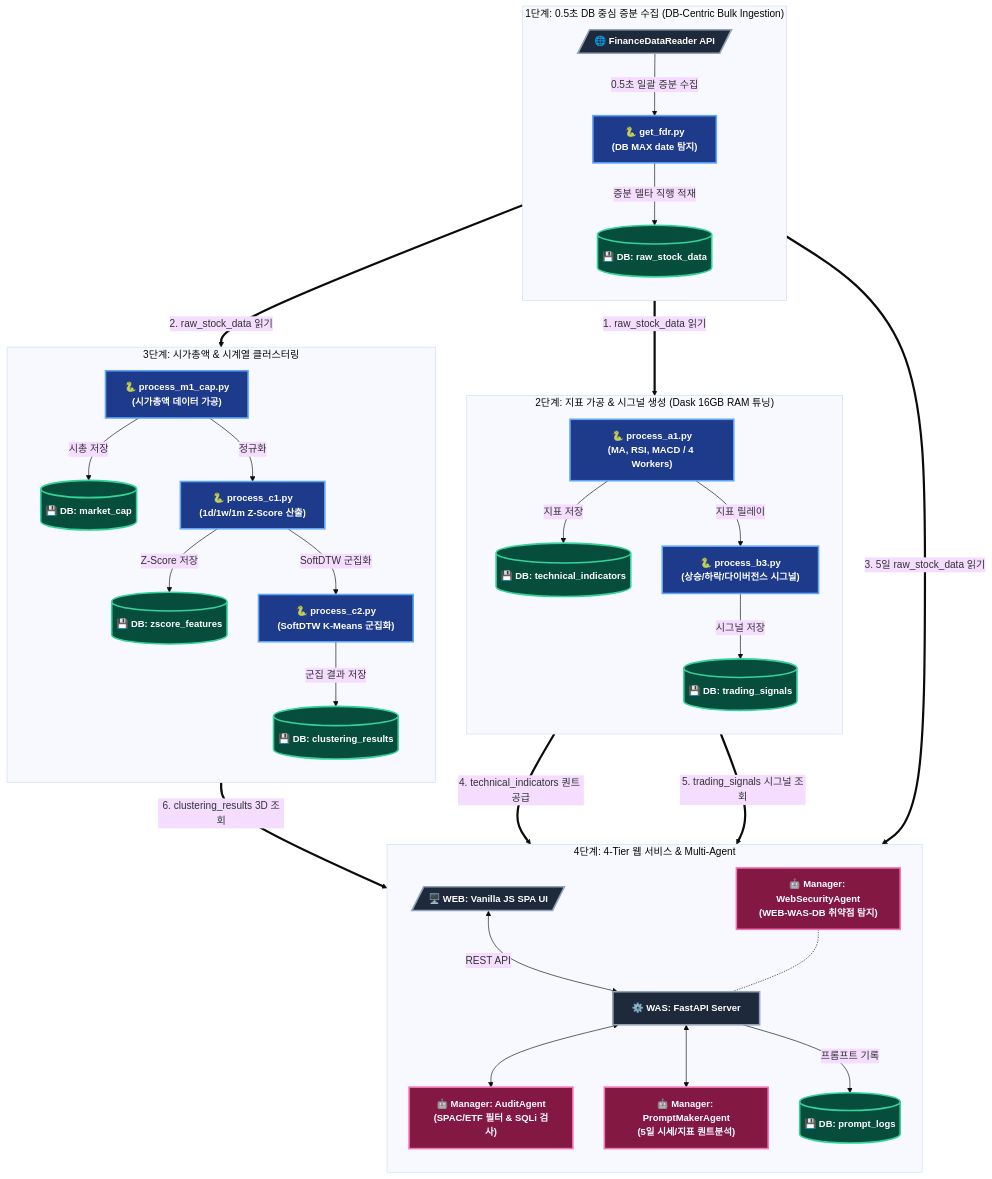
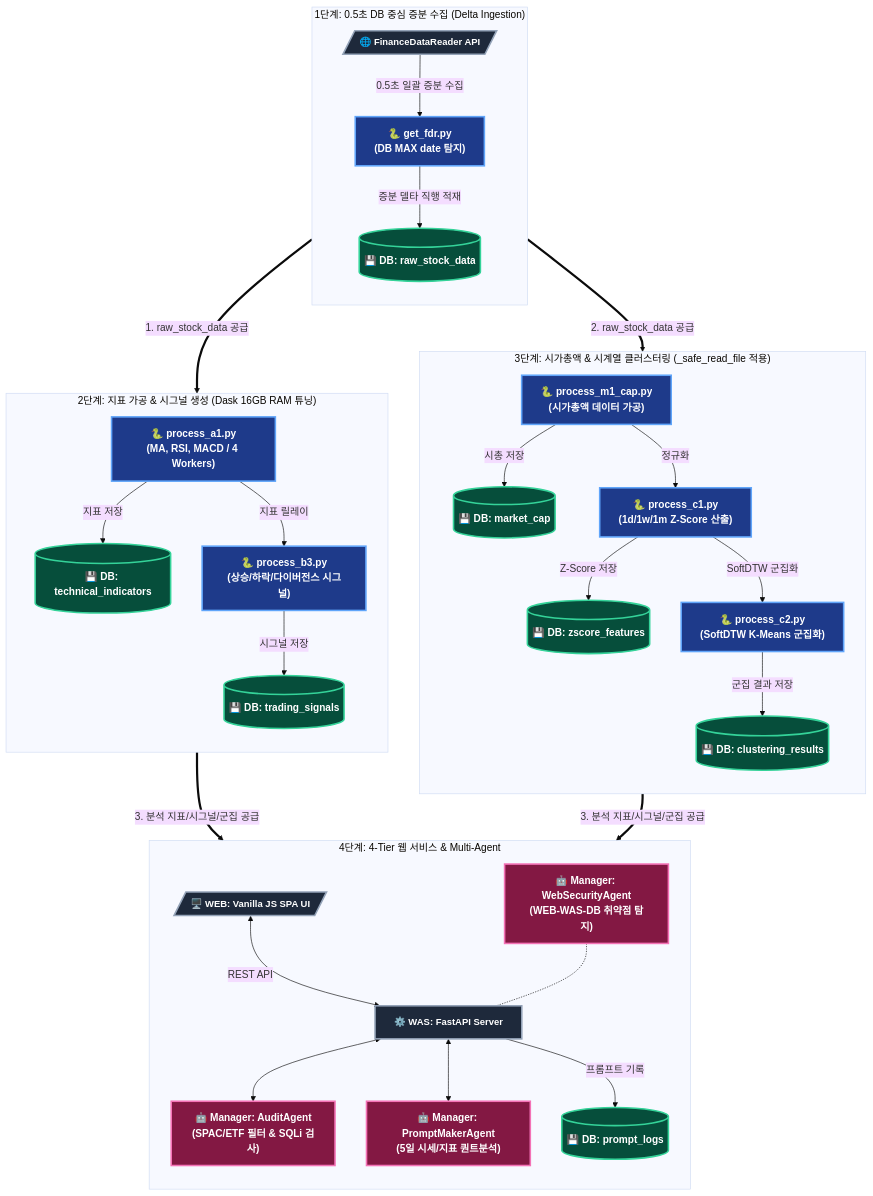
The first of 2 diagrams in README.md (hugingstar/ggeolmu), drawn with Mermaid (base theme) before and after one commit. The commit also changed other lines of this file, not shown here.

Commit message:
docs: README.md 수직 순차 레이아웃(TD) 및 대형 폰트(16px, bold) 머메이드 최적화

````diff
--- a/README.md
+++ b/README.md
@@ -14,57 +14,54 @@
 ```mermaid
 flowchart TD
-    %% 커스텀 색상 및 폰트 크기 스타일 정의
-    classDef pythonEngine fill:#1e3a8a,stroke:#60a5fa,stroke-width:2.5px,color:#ffffff,font-size:15px,font-weight:bold;
-    classDef dbStorage fill:#064e3b,stroke:#34d399,stroke-width:2.5px,color:#ffffff,font-size:15px,font-weight:bold;
-    classDef agentManager fill:#831843,stroke:#f472b6,stroke-width:2.5px,color:#ffffff,font-size:15px,font-weight:bold;
+    %% 수직 순차 흐름 및 큼직한 폰트(16px, bold) 스타일 정의
+    classDef pythonEngine fill:#1e3a8a,stroke:#60a5fa,stroke-width:2.5px,color:#ffffff,font-size:16px,font-weight:bold;
+    classDef dbStorage fill:#064e3b,stroke:#34d399,stroke-width:2.5px,color:#ffffff,font-size:16px,font-weight:bold;
+    classDef agentManager fill:#831843,stroke:#f472b6,stroke-width:2.5px,color:#ffffff,font-size:16px,font-weight:bold;
     classDef webServer fill:#1e293b,stroke:#94a3b8,stroke-width:2.5px,color:#ffffff,font-size:15px,font-weight:bold;
 
     %% 1단계: DB 중심 초고속 증분 수집 및 DB 직행 적재
-    subgraph Step1 ["1단계: 0.5초 DB 중심 증분 수집 (DB-Centric Bulk Ingestion)"]
+    subgraph Step1 ["1단계: 0.5초 DB 중심 증분 수집 (Delta Ingestion)"]
         direction TB
         FDR[/"🌐 FinanceDataReader API"/] -->|0.5초 일괄 증분 수집| GetFDR["🐍 get_fdr.py<br>(DB MAX date 탐지)"]
         GetFDR -->|증분 델타 직행 적재| DB_Raw[("💾 DB: raw_stock_data")]
     end
 
     %% 2단계: 기술적 지표 및 시그널 연산
     subgraph Step2 ["2단계: 지표 가공 & 시그널 생성 (Dask 16GB RAM 튜닝)"]
         direction TB
         ProcessA1["🐍 process_a1.py<br>(MA, RSI, MACD / 4 Workers)"] -->|지표 저장| DB_Tech[("💾 DB: technical_indicators")]
         ProcessA1 -->|지표 릴레이| ProcessB3["🐍 process_b3.py<br>(상승/하락/다이버전스 시그널)"]
         ProcessB3 -->|시그널 저장| DB_Signal[("💾 DB: trading_signals")]
     end
 
     %% 3단계: 시계열 클러스터링
-    subgraph Step3 ["3단계: 시가총액 & 시계열 클러스터링"]
+    subgraph Step3 ["3단계: 시가총액 & 시계열 클러스터링 (_safe_read_file 적용)"]
         direction TB
         ProcessM1["🐍 process_m1_cap.py<br>(시가총액 데이터 가공)"] -->|시총 저장| DB_Cap[("💾 DB: market_cap")]
         ProcessM1 -->|정규화| ProcessC1["🐍 process_c1.py<br>(1d/1w/1m Z-Score 산출)"]
         ProcessC1 -->|Z-Score 저장| DB_ZScore[("💾 DB: zscore_features")]
         ProcessC1 -->|SoftDTW 군집화| ProcessC2["🐍 process_c2.py<br>(SoftDTW K-Means 군집화)"]
         ProcessC2 -->|군집 결과 저장| DB_Cluster[("💾 DB: clustering_results")]
     end
 
     %% 4단계: 4-Tier 웹 서비스 & 멀티 에이전트
     subgraph Step4 ["4단계: 4-Tier 웹 서비스 & Multi-Agent"]
         direction TB
         UI[/"🖥️ WEB: Vanilla JS SPA UI"/] <-->|REST API| WAS["⚙️ WAS: FastAPI Server"]
         WAS <--> Audit["🤖 Manager: AuditAgent<br>(SPAC/ETF 필터 & SQLi 검사)"]
         WAS <--> PromptAgent["🤖 Manager: PromptMakerAgent<br>(5일 시세/지표 퀀트분석)"]
         WAS -->|프롬프트 기록| DB_Logs[("💾 DB: prompt_logs")]
         SecAgent["🤖 Manager: WebSecurityAgent<br>(WEB-WAS-DB 취약점 탐지)"] -.- WAS
     end
 
-    %% [DB 핀포인트 흐름 연계선 (어떤 DB -> 어떤 DB/모듈)]
-    DB_Raw ==>|1. raw_stock_data 읽기| ProcessA1
-    DB_Raw ==>|2. raw_stock_data 읽기| ProcessM1
-    DB_Raw ==>|3. 5일 raw_stock_data 읽기| PromptAgent
-    DB_Tech ==>|4. technical_indicators 퀀트 공급| PromptAgent
-    DB_Signal ==>|5. trading_signals 시그널 조회| WAS
-    DB_Cluster ==>|6. clustering_results 3D 조회| WAS
+    %% [위에서 아래로 이어지는 수직 메인 데이터 흐름선]
+    Step1 ==>|1. raw_stock_data 공급| Step2
+    Step1 ==>|2. raw_stock_data 공급| Step3
+    Step2 & Step3 ==>|3. 분석 지표/시그널/군집 공급| Step4
 
     %% 노드 스타일 지정 (.py: 파란색, DB: 녹색, 에이전트: 핑크, Web/WAS: 슬레이트)
     class GetFDR,ProcessA1,ProcessB3,ProcessM1,ProcessC1,ProcessC2 pythonEngine;
     class DB_Raw,DB_Tech,DB_Signal,DB_Cap,DB_ZScore,DB_Cluster,DB_Logs dbStorage;
     class Audit,PromptAgent,SecAgent agentManager;
     class UI,WAS,FDR webServer;
 ```
````
